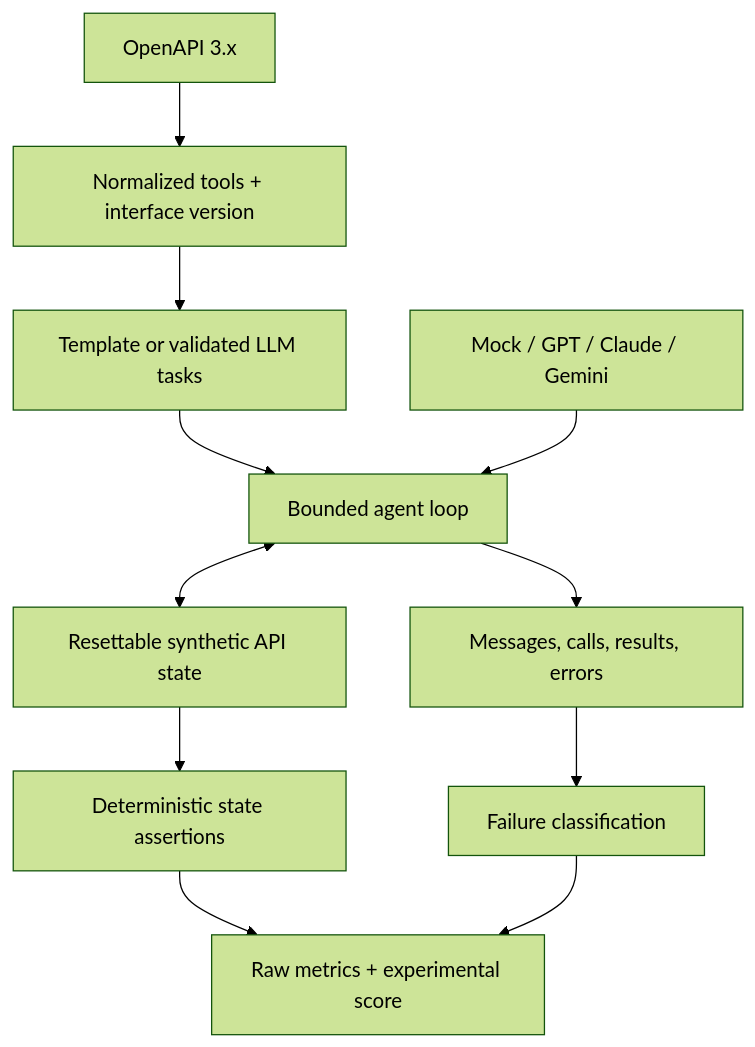
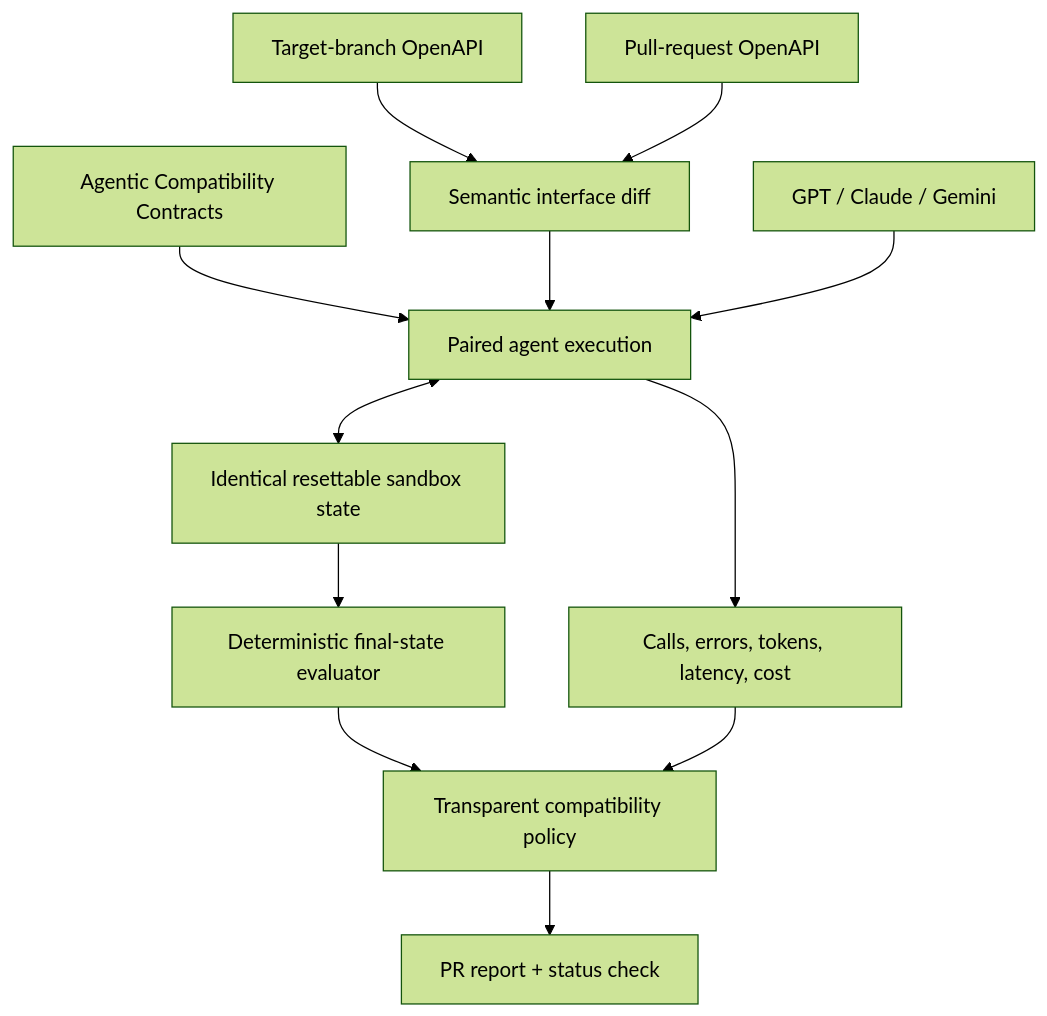
Before and after one commit to ardaedil/AgentSEO: the diagram in README.md, drawn with Mermaid (forest theme). The commit also changed other lines of this file and 36 other files, not shown here.

````diff
--- a/README.md
+++ b/README.md
@@ -32,13 +36,14 @@
 ```mermaid
 flowchart TD
-    Spec["OpenAPI 3.x"] --> Normalize["Normalized tools + interface version"]
-    Normalize --> Tasks["Template or validated LLM tasks"]
-    Tasks --> Runner["Bounded agent loop"]
-    Models["Mock / GPT / Claude / Gemini"] --> Runner
-    Runner <--> Sandbox["Resettable synthetic API state"]
-    Runner --> Trace["Messages, calls, results, errors"]
-    Sandbox --> Eval["Deterministic state assertions"]
-    Trace --> Failures["Failure classification"]
-    Eval --> Report["Raw metrics + experimental score"]
-    Failures --> Report
+    Base["Target-branch OpenAPI"] --> Diff["Semantic interface diff"]
+    PR["Pull-request OpenAPI"] --> Diff
+    Contracts["Agentic Compatibility Contracts"] --> Runner["Paired agent execution"]
+    Diff --> Runner
+    Models["GPT / Claude / Gemini"] --> Runner
+    Runner <--> Sandbox["Identical resettable sandbox state"]
+    Sandbox --> Eval["Deterministic final-state evaluator"]
+    Runner --> Trace["Calls, errors, tokens, latency, cost"]
+    Eval --> Policy["Transparent compatibility policy"]
+    Trace --> Policy
+    Policy --> GitHub["PR report + status check"]
 ```
````
